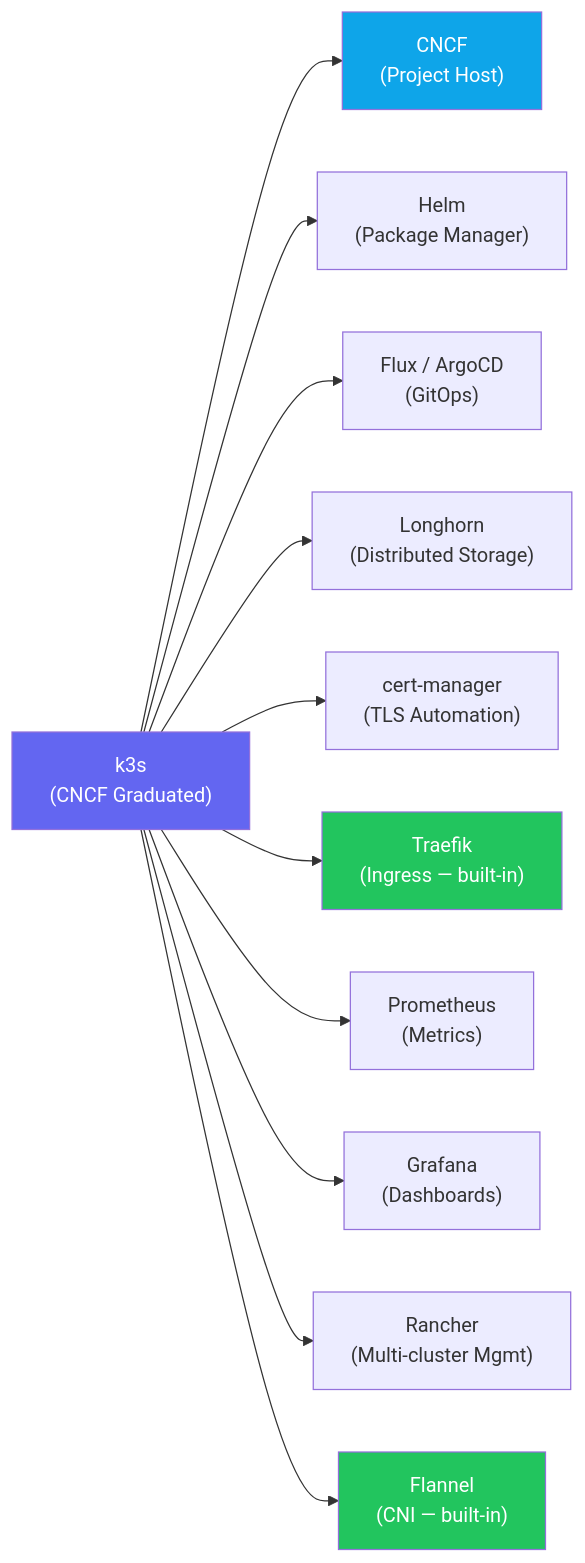
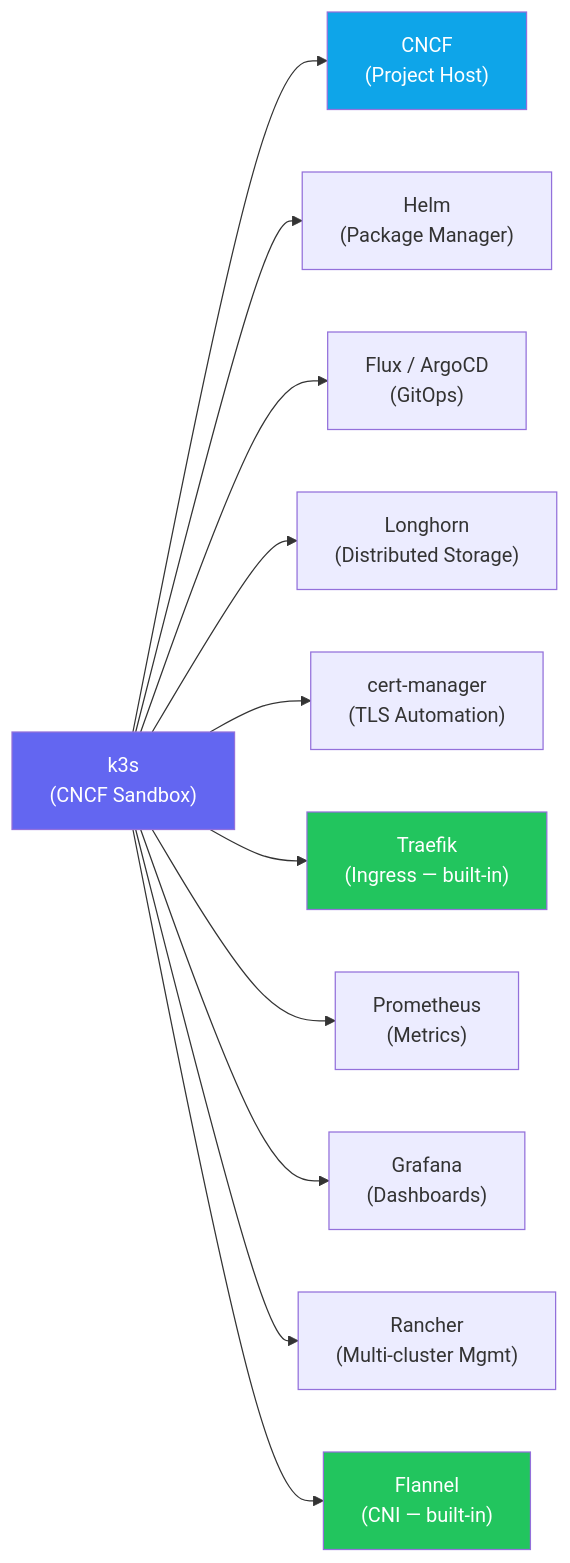
One commit to UncleJS/course_k3s changed the fourth of 6 diagrams in 01_introduction/01_what_is_k3s.md. Above: the diagram before and after it, drawn with Mermaid. The commit also changed other lines of this file and 74 other files, not shown here.

````diff
--- a/01_introduction/01_what_is_k3s.md
+++ b/01_introduction/01_what_is_k3s.md
@@ -225,20 +223,20 @@
 ```mermaid
 graph LR
-    K3S["k3s<br/>(CNCF Graduated)"]
+    K3S["k3s<br/>(CNCF Sandbox)"]
 
     K3S --> CNCF["CNCF<br/>(Project Host)"]
     K3S --> HELM["Helm<br/>(Package Manager)"]
     K3S --> FLUX["Flux / ArgoCD<br/>(GitOps)"]
     K3S --> LONGHORN["Longhorn<br/>(Distributed Storage)"]
     K3S --> CERTMGR["cert-manager<br/>(TLS Automation)"]
     K3S --> TRAEFIK["Traefik<br/>(Ingress — built-in)"]
     K3S --> PROM["Prometheus<br/>(Metrics)"]
     K3S --> GRAFANA["Grafana<br/>(Dashboards)"]
     K3S --> RANCHER["Rancher<br/>(Multi-cluster Mgmt)"]
     K3S --> FLANNEL["Flannel<br/>(CNI — built-in)"]
 
     style K3S fill:#6366f1,color:#fff
     style CNCF fill:#0ea5e9,color:#fff
     style TRAEFIK fill:#22c55e,color:#fff
     style FLANNEL fill:#22c55e,color:#fff
 ```
````
